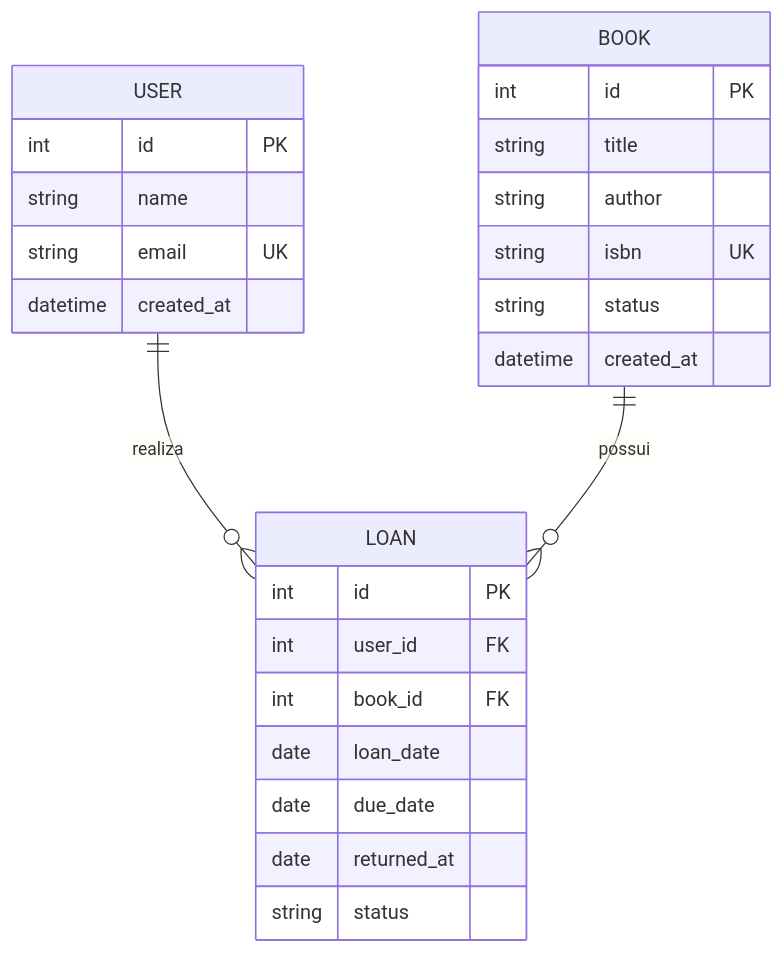
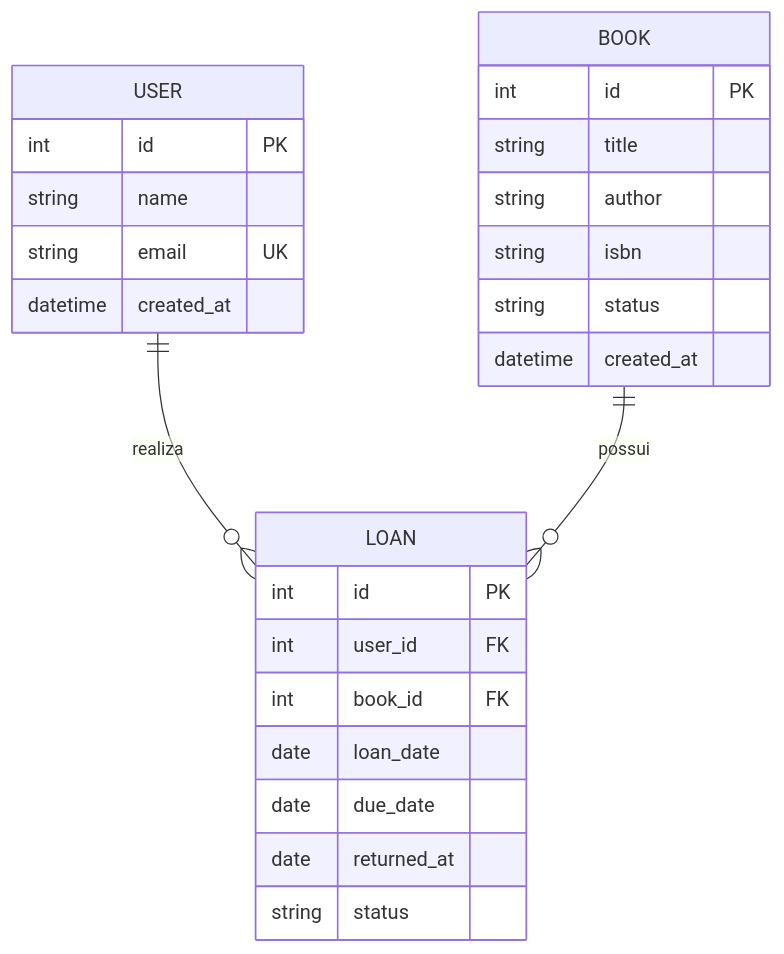
The diagram in README.md (WillianCustodio-lab/gerenciamento-biblioteca-api), drawn with Mermaid before and after one commit. The commit also changed other lines of this file and 9 other files, not shown here.

````diff
--- a/README.md
+++ b/README.md
@@ -94,31 +95,31 @@
 ```mermaid
 erDiagram
     USER ||--o{ LOAN : realiza
     BOOK ||--o{ LOAN : possui
 
     USER {
         int id PK
         string name
         string email UK
         datetime created_at
     }
 
     BOOK {
         int id PK
         string title
         string author
-        string isbn UK
+        string isbn
         string status
         datetime created_at
     }
 
     LOAN {
         int id PK
         int user_id FK
         int book_id FK
         date loan_date
         date due_date
         date returned_at
         string status
     }
 ```
````
